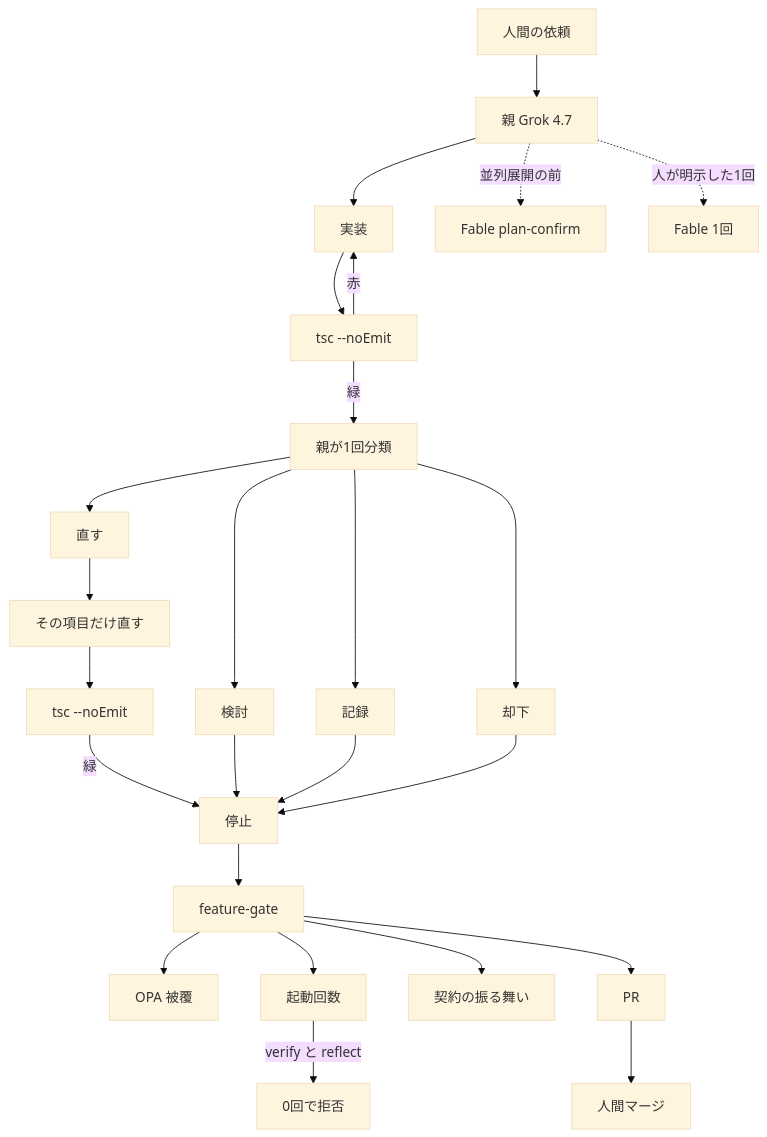
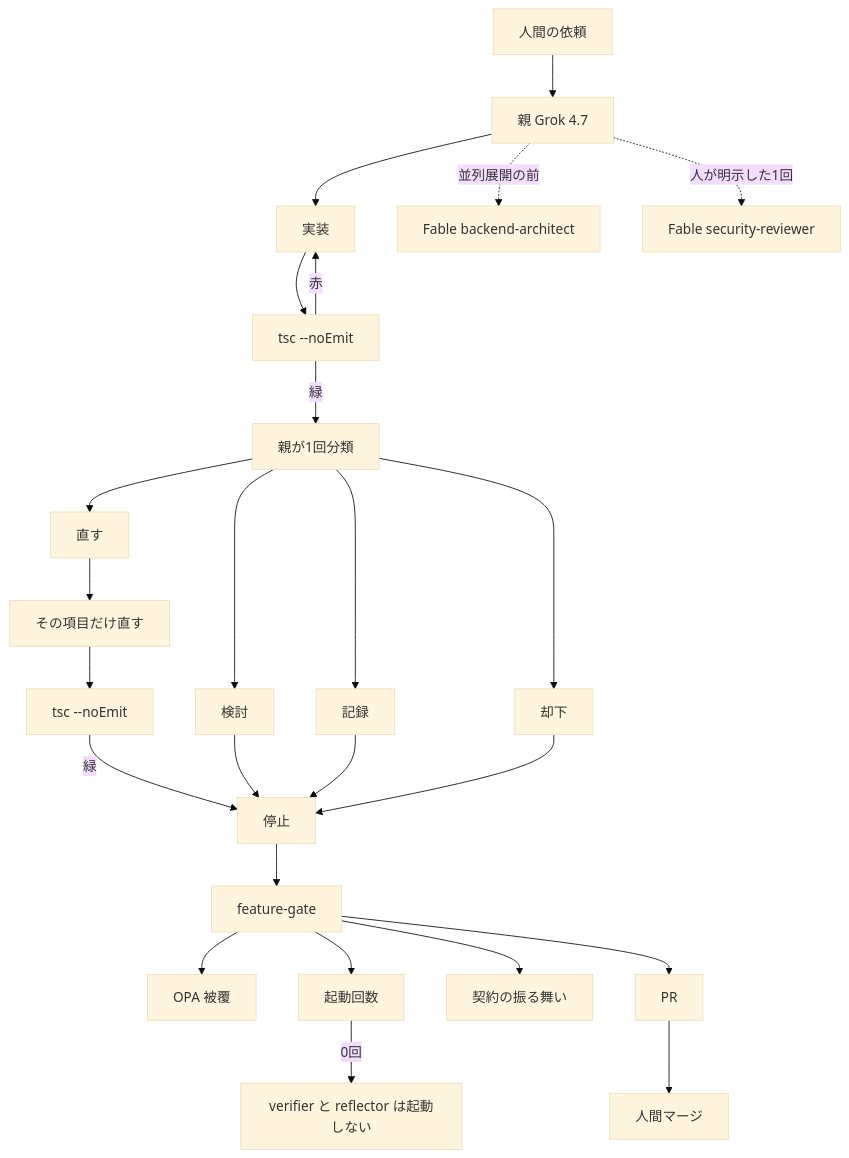
Before and after one commit to marumo333/marumo333-cursor-harness: the first of 4 diagrams in README.md, drawn with Mermaid (base theme). The commit also changed other lines of this file and 4 other files, not shown here.

Commit message:
docs: 図に親と条件付きのエージェントを入れる。

````diff
--- a/README.md
+++ b/README.md
@@ -51,27 +51,27 @@
 ```mermaid
 flowchart TB
   H["人間の依頼"] --> G["親 Grok 4.7"]
   G --> IMP["実装"]
   IMP --> NE["tsc --noEmit"]
   NE -->|赤| IMP
   NE -->|緑| CLS["親が1回分類"]
   CLS --> FIX["直す"]
   CLS --> HOLD["検討"]
   CLS --> NOTE["記録"]
   CLS --> DROP["却下"]
   FIX --> EDIT["その項目だけ直す"]
   EDIT --> NE2["tsc --noEmit"]
   NE2 -->|緑| STOP["停止"]
   HOLD --> STOP
   NOTE --> STOP
   DROP --> STOP
   STOP --> FG["feature-gate"]
   FG --> OPA["OPA 被覆"]
   FG --> CAP["起動回数"]
   FG --> BEH["契約の振る舞い"]
   FG --> PR["PR"]
   PR --> HM["人間マージ"]
-  G -.->|並列展開の前| FABLE["Fable plan-confirm"]
-  G -.->|人が明示した1回| ONCE["Fable 1回"]
-  CAP -->|verify と reflect| DENY["0回で拒否"]
+  G -.->|並列展開の前| BA["Fable backend-architect"]
+  G -.->|人が明示した1回| SR["Fable security-reviewer"]
+  CAP -->|0回| OFF["verifier と reflector は起動しない"]
 ```
````
